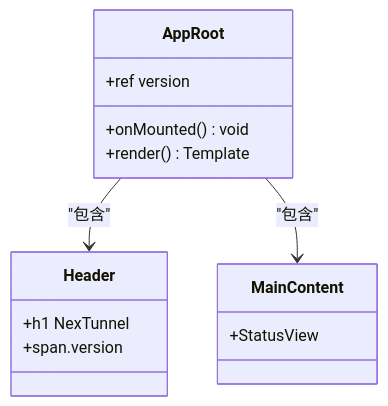
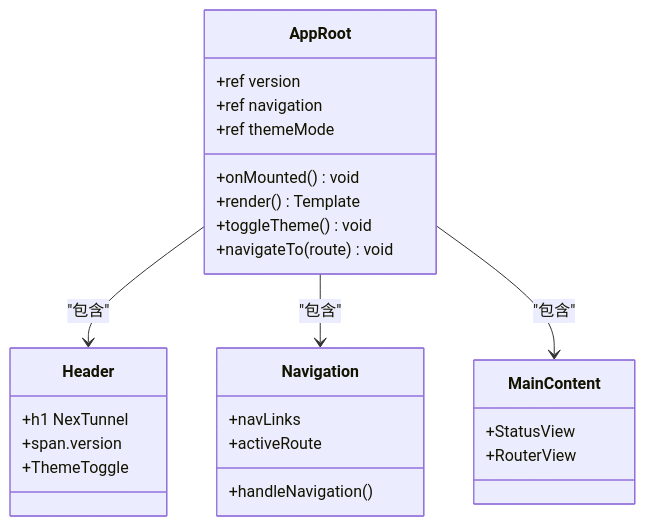
One commit to itsharex/NexTunnel changed the second of 24 diagrams in .qoder/repowiki/zh/content/架构设计/桌面端架构设计/前端架构设计/Vue组件系统架构.md. Above: the diagram before and after it, drawn with Mermaid. The commit also changed other lines of this file and 41 other files, not shown here.

````diff
--- a/.qoder/repowiki/zh/content/架构设计/桌面端架构设计/前端架构设计/Vue组件系统架构.md
+++ b/.qoder/repowiki/zh/content/架构设计/桌面端架构设计/前端架构设计/Vue组件系统架构.md
@@ -79,17 +84,29 @@
 ```mermaid
 classDiagram
 class AppRoot {
 +ref version
++ref navigation
++ref themeMode
 +onMounted() void
 +render() Template
++toggleTheme() void
++navigateTo(route) void
 }
 class Header {
 +h1 NexTunnel
 +span.version
++ThemeToggle
+}
+class Navigation {
++navLinks
++activeRoute
++handleNavigation()
 }
 class MainContent {
 +StatusView
++RouterView
 }
 AppRoot --> Header : "包含"
+AppRoot --> Navigation : "包含"
 AppRoot --> MainContent : "包含"
 ```
````
